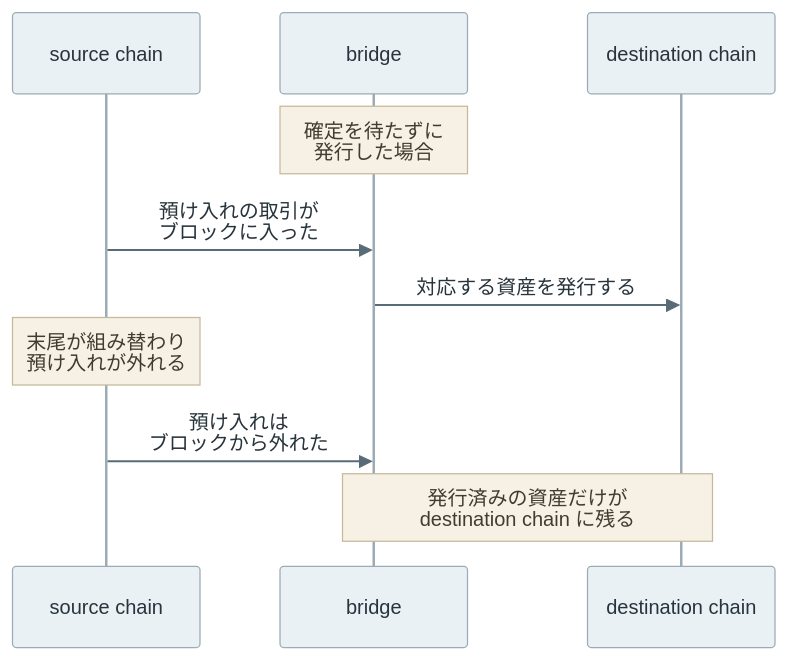
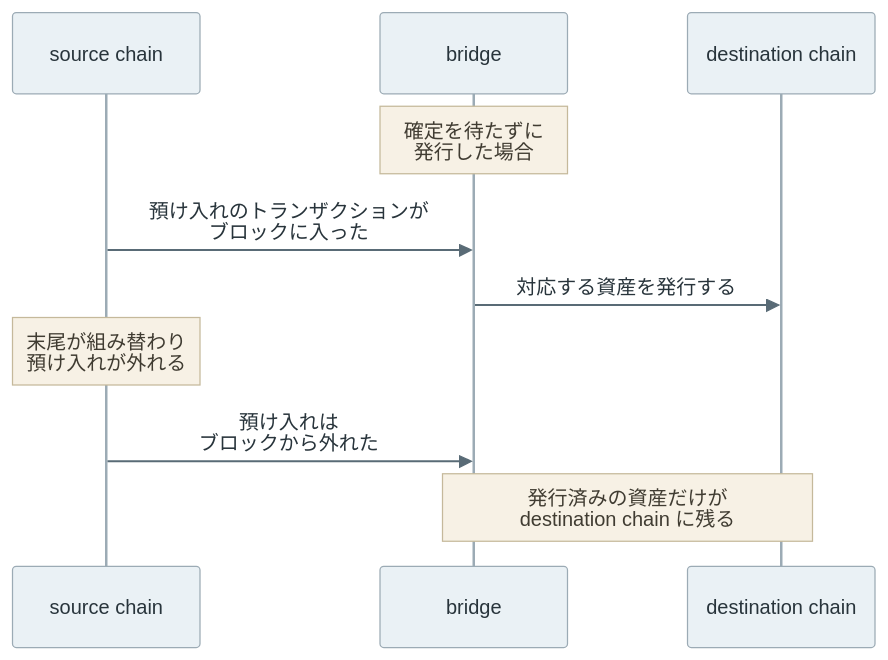
The eighth of 8 diagrams in content/notes/blockchain-systems/finality/index.md (nao1215/debimate), drawn with Mermaid before and after one commit. The commit also changed other lines of this file and 4 other files, not shown here.

````diff
--- a/content/notes/blockchain-systems/finality/index.md
+++ b/content/notes/blockchain-systems/finality/index.md
@@ -309,13 +309,13 @@
 ```mermaid
 %%{init: {"theme":"base","themeVariables":{"primaryColor":"#eaf1f5","primaryTextColor":"#28343b","primaryBorderColor":"#9cabb5","lineColor":"#596b76","textColor":"#28343b","actorBkg":"#eaf1f5","actorBorder":"#9cabb5","actorTextColor":"#28343b","actorLineColor":"#9cabb5","signalColor":"#596b76","signalTextColor":"#28343b","noteBkgColor":"#f7f1e5","noteBorderColor":"#c5b99b","noteTextColor":"#403c32","activationBkgColor":"#edf3ef","activationBorderColor":"#9aafa1"}}}%%
 sequenceDiagram
     participant S as source chain
     participant B as bridge
     participant D as destination chain
     Note over B: 確定を待たずに<br/>発行した場合
-    S->>B: 預け入れの取引が<br/>ブロックに入った
+    S->>B: 預け入れのトランザクションが<br/>ブロックに入った
     B->>D: 対応する資産を発行する
     Note over S: 末尾が組み替わり<br/>預け入れが外れる
     S->>B: 預け入れは<br/>ブロックから外れた
     Note over B,D: 発行済みの資産だけが<br/>destination chain に残る
 ```
````
